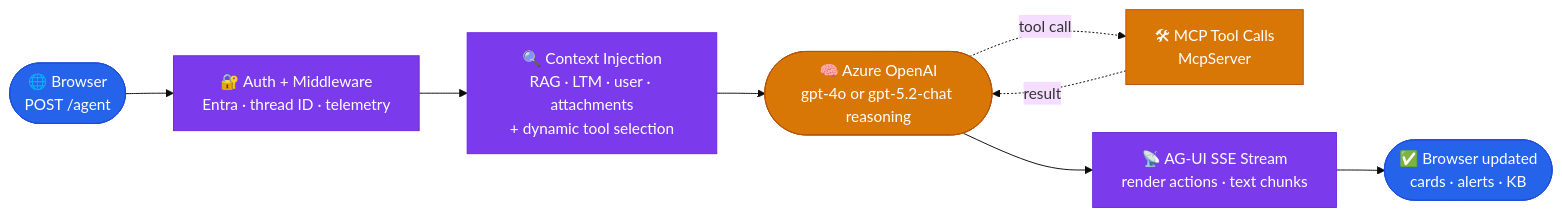
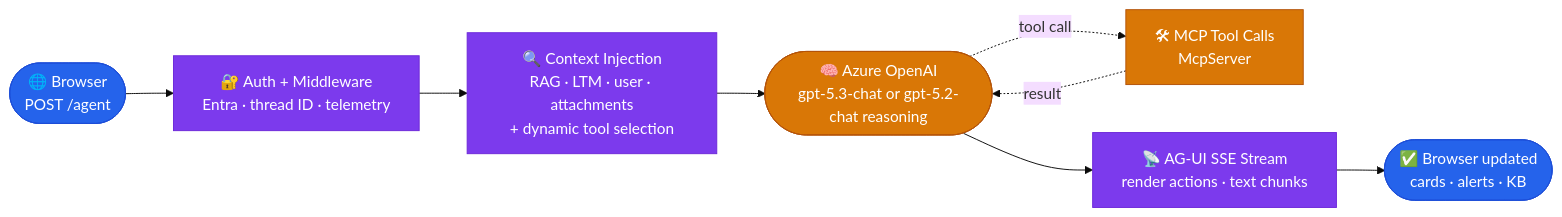
One commit to sreyanchoudhury/HelpdeskAI.CSharp changed the second of 2 diagrams in src/HelpdeskAI.AgentHost/README.md. Above: the diagram before and after it, drawn with Mermaid (base theme). The commit also changed other lines of this file and 29 other files, not shown here.

````diff
--- a/src/HelpdeskAI.AgentHost/README.md
+++ b/src/HelpdeskAI.AgentHost/README.md
@@ -353,23 +353,23 @@
 ```mermaid
 flowchart LR
     classDef browser fill:#2563eb,stroke:#1d4ed8,color:#fff
     classDef agent   fill:#7c3aed,stroke:#6d28d9,color:#fff
     classDef ai      fill:#d97706,stroke:#b45309,color:#fff
 
     S1(["🌐 Browser<br/>POST /agent"])
     S2["🔐 Auth + Middleware<br/>Entra · thread ID · telemetry"]
     S3["🔍 Context Injection<br/>RAG · LTM · user · attachments<br/>+ dynamic tool selection"]
-    S4(["🧠 Azure OpenAI<br/>gpt-4o or gpt-5.2-chat reasoning"])
+    S4(["🧠 Azure OpenAI<br/>gpt-5.3-chat or gpt-5.2-chat reasoning"])
     S5["🛠 MCP Tool Calls<br/>McpServer"]
     S6["📡 AG-UI SSE Stream<br/>render actions · text chunks"]
     S7(["✅ Browser updated<br/>cards · alerts · KB"])
 
     S1 --> S2 --> S3 --> S4
     S4 -. tool call .-> S5
     S5 -. result .-> S4
     S4 --> S6 --> S7
 
     class S1,S7 browser
     class S2,S3,S6 agent
     class S4,S5 ai
 ```
````
